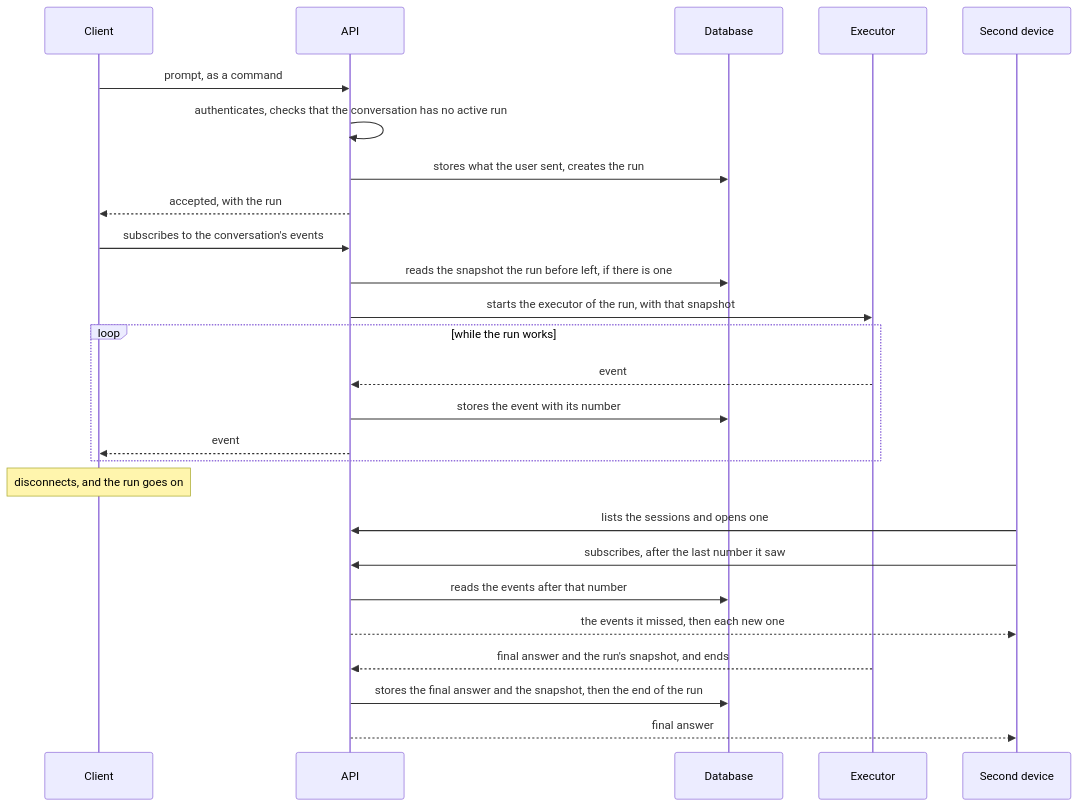
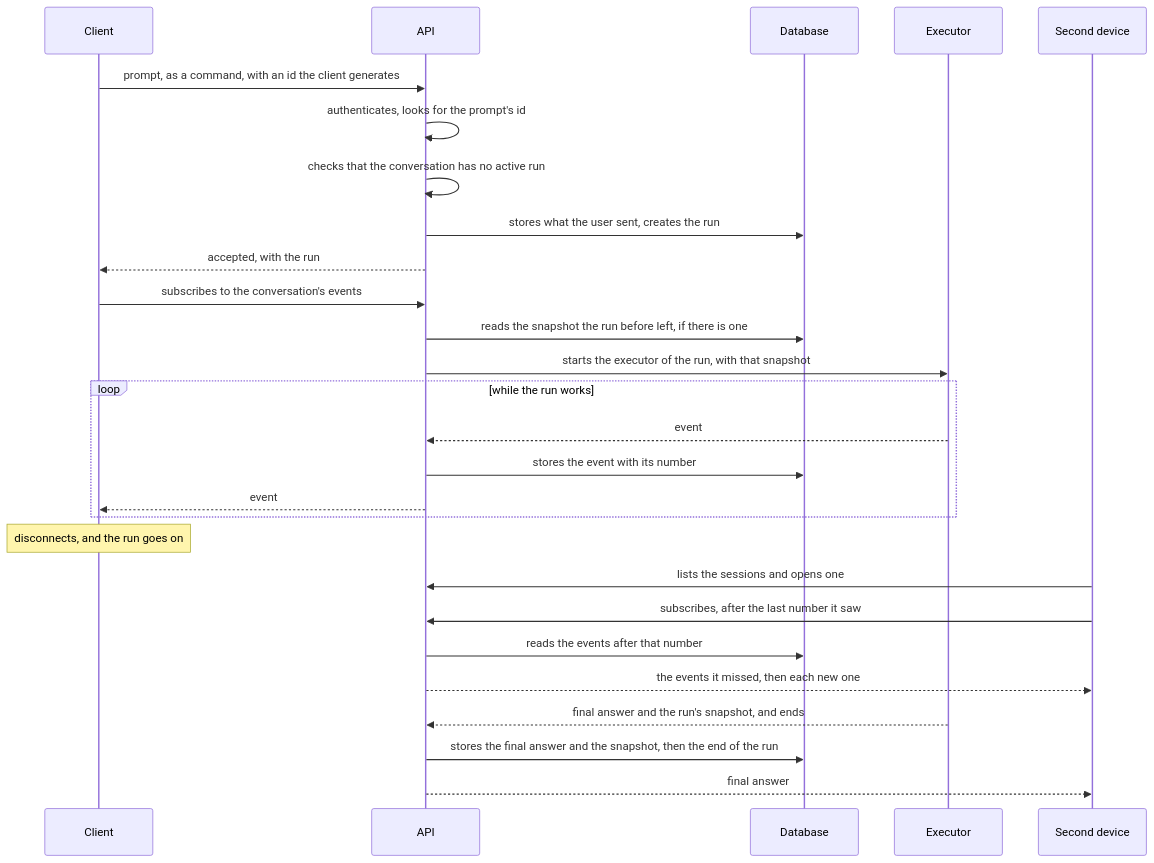
The diagram in flows/prompt-and-reconnect.md (Mikode13/harness-docs), drawn with Mermaid before and after one commit. The commit also changed other lines of this file and 16 other files, not shown here.

First line of the commit message:
docs: add the remaining flows of the first slice (#2)

````diff
--- a/flows/prompt-and-reconnect.md
+++ b/flows/prompt-and-reconnect.md
@@ -13,33 +13,34 @@
 ```mermaid
 sequenceDiagram
     participant C as Client
     participant A as API
     participant D as Database
     participant E as Executor
     participant S as Second device
 
-    C->>A: prompt, as a command
-    A->>A: authenticates, checks that the conversation has no active run
+    C->>A: prompt, as a command, with an id the client generates
+    A->>A: authenticates, looks for the prompt's id
+    A->>A: checks that the conversation has no active run
     A->>D: stores what the user sent, creates the run
     A-->>C: accepted, with the run
     C->>A: subscribes to the conversation's events
     A->>D: reads the snapshot the run before left, if there is one
     A->>E: starts the executor of the run, with that snapshot
 
     loop while the run works
         E-->>A: event
         A->>D: stores the event with its number
         A-->>C: event
     end
 
     Note over C: disconnects, and the run goes on
 
     S->>A: lists the sessions and opens one
     S->>A: subscribes, after the last number it saw
     A->>D: reads the events after that number
     A-->>S: the events it missed, then each new one
 
     E-->>A: final answer and the run's snapshot, and ends
     A->>D: stores the final answer and the snapshot, then the end of the run
     A-->>S: final answer
 ```
````
